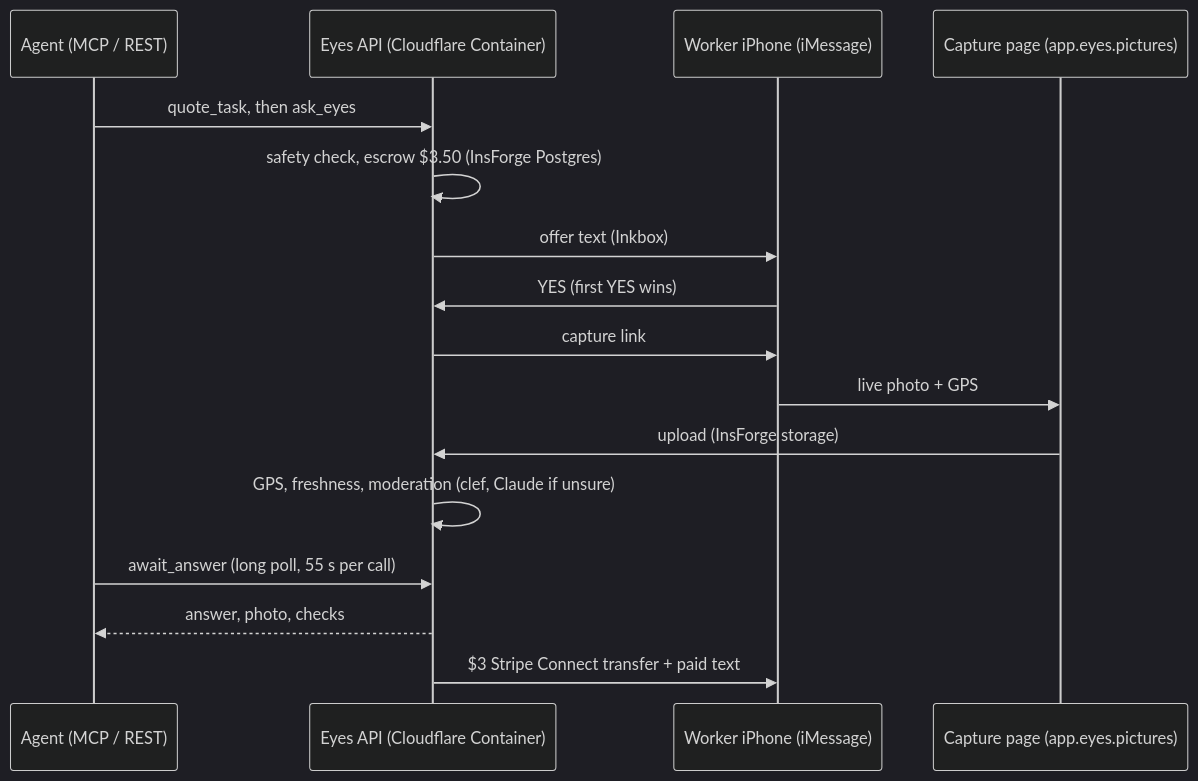
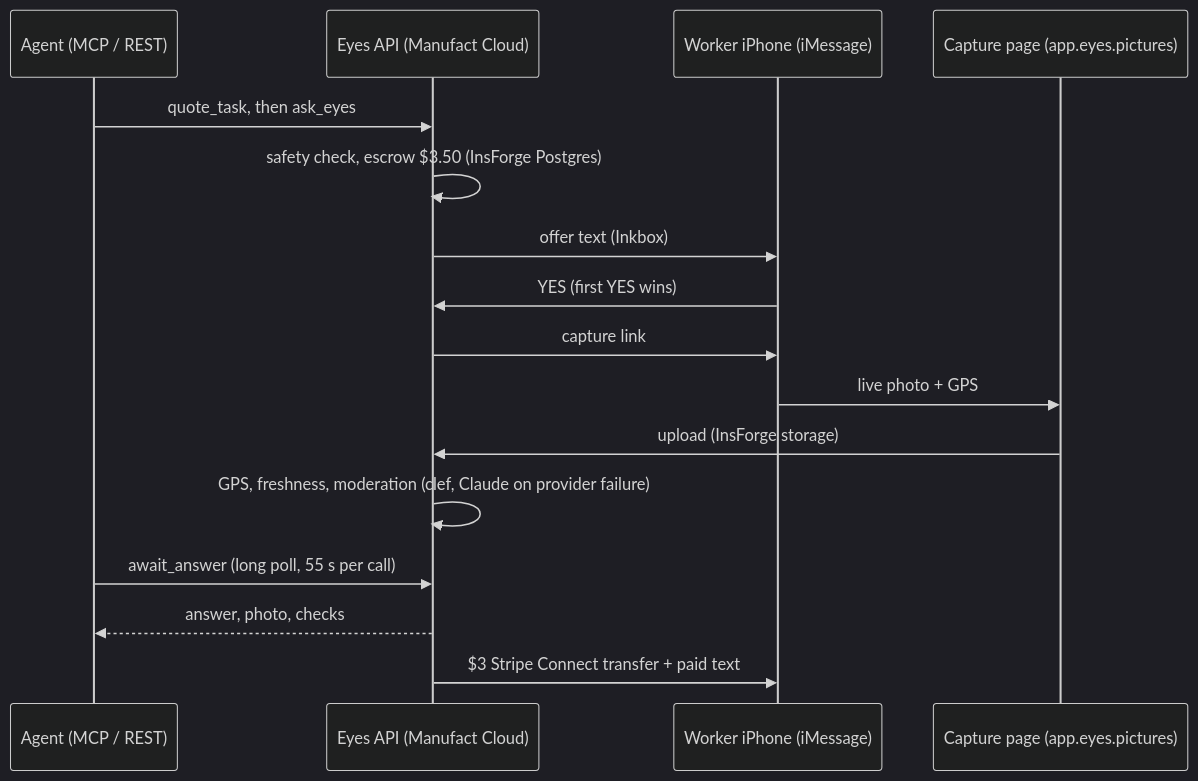
The diagram in README.md (ayaangazali/eyes), drawn with Mermaid (dark theme) before and after one commit. The commit also changed other lines of this file and 57 other files, not shown here.

````diff
--- a/README.md
+++ b/README.md
@@ -57,18 +61,18 @@
 ```mermaid
 sequenceDiagram
     participant A as Agent (MCP / REST)
-    participant E as Eyes API (Cloudflare Container)
+    participant E as Eyes API (Manufact Cloud)
     participant W as Worker iPhone (iMessage)
     participant C as Capture page (app.eyes.pictures)
     A->>E: quote_task, then ask_eyes
     E->>E: safety check, escrow $3.50 (InsForge Postgres)
     E->>W: offer text (Inkbox)
     W->>E: YES (first YES wins)
     E->>W: capture link
     W->>C: live photo + GPS
     C->>E: upload (InsForge storage)
-    E->>E: GPS, freshness, moderation (clef, Claude if unsure)
+    E->>E: GPS, freshness, moderation (clef, Claude on provider failure)
     A->>E: await_answer (long poll, 55 s per call)
     E-->>A: answer, photo, checks
     E->>W: $3 Stripe Connect transfer + paid text
 ```
````
